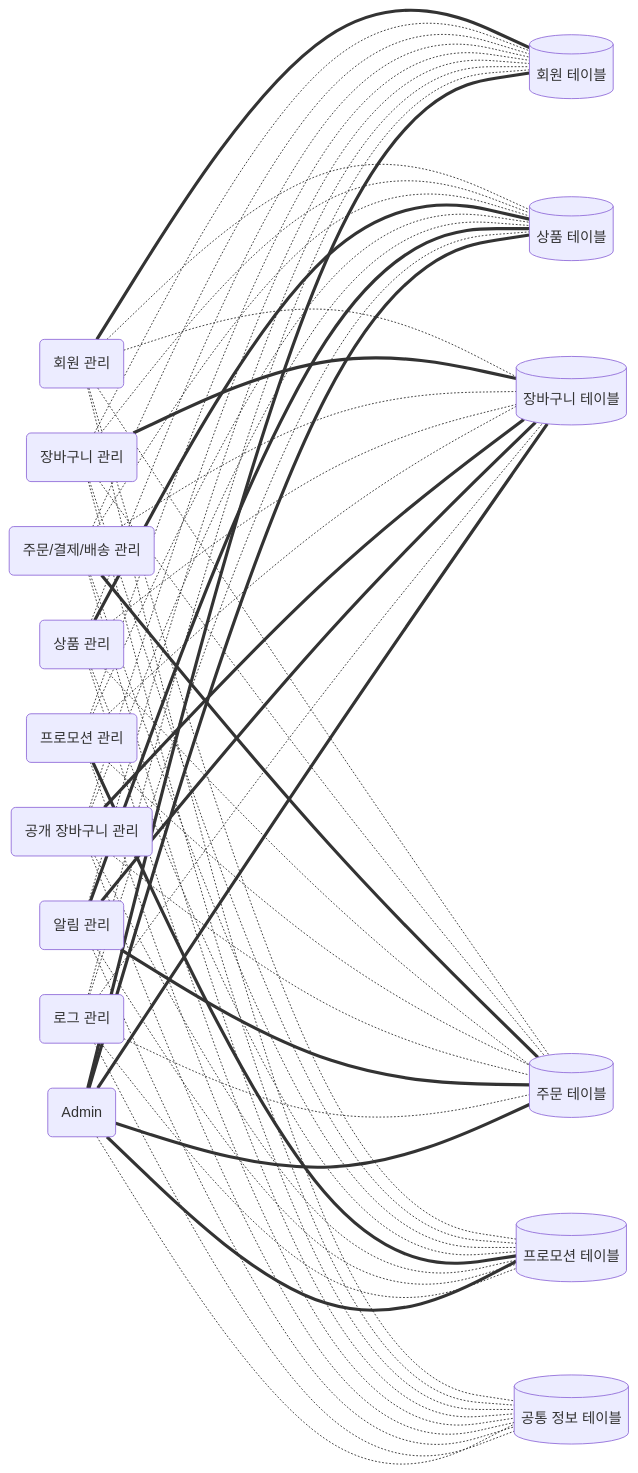
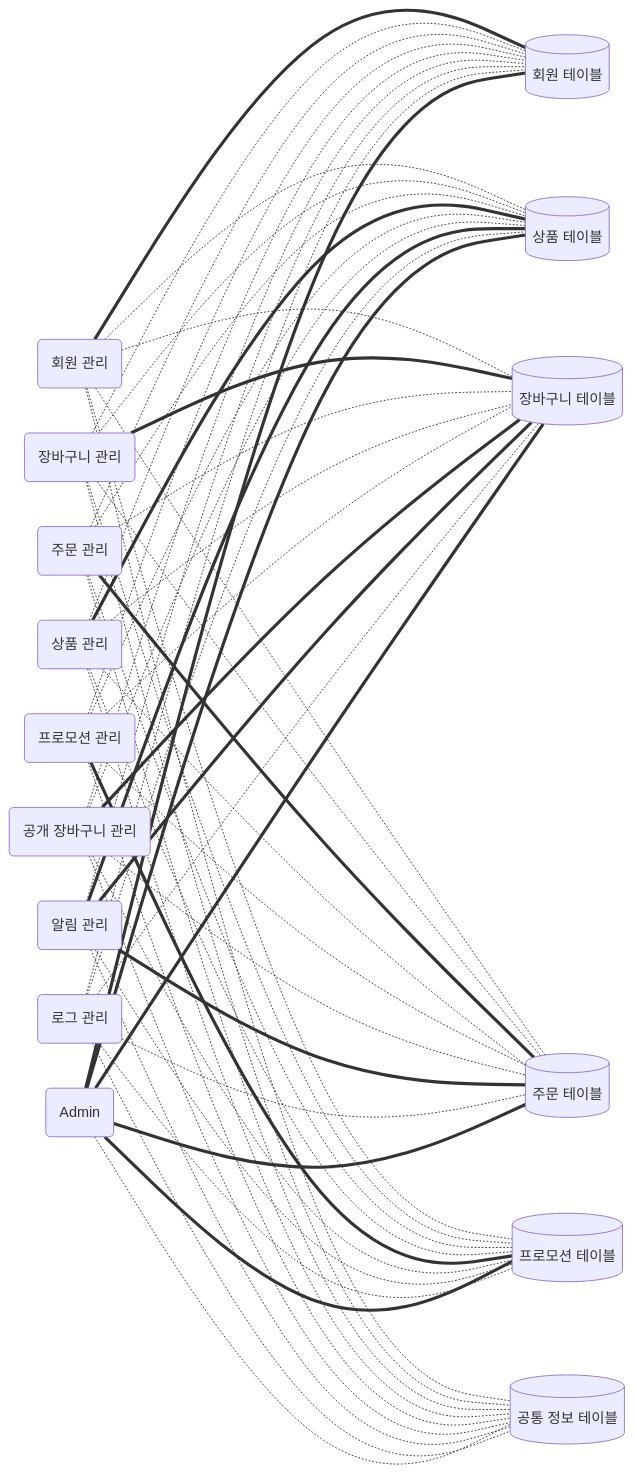
The diagram in docs/2. 설계/2.1 전체 설계/2.1.1 시스템 아키텍처 설계/데이터 아키텍처.md (sarifor/cart-connect-market), drawn with Mermaid before and after one commit. The commit also changed other lines of this file, not shown here.

Commit message:
Refactor: data architecture
- Rename 'Order/Payment/Delivery management' to 'Order management'
- Modify description of Admin's update range more clearly

```diff
--- a/docs/2. 설계/2.1 전체 설계/2.1.1 시스템 아키텍처 설계/데이터 아키텍처.md
+++ b/docs/2. 설계/2.1 전체 설계/2.1.1 시스템 아키텍처 설계/데이터 아키텍처.md
@@ -21,7 +21,7 @@
 graph LR
   Member("회원 관리")
   Cart("장바구니 관리")
-  OrderBuyDelivery("주문/결제/배송 관리")
+  Order("주문 관리")
   Product("상품 관리")
   Promotion("프로모션 관리")
   ShareCart("공개 장바구니 관리")
@@ -50,12 +50,12 @@
   Cart -.- PromotionTB
   Cart -.- CommonTB
 
-  OrderBuyDelivery -.- MemberTB
-  OrderBuyDelivery -.- ProductTB
-  OrderBuyDelivery -.- CartTB
-  OrderBuyDelivery === OrderTB
-  OrderBuyDelivery -.- PromotionTB
-  OrderBuyDelivery -.- CommonTB
+  Order -.- MemberTB
+  Order -.- ProductTB
+  Order -.- CartTB
+  Order === OrderTB
+  Order -.- PromotionTB
+  Order -.- CommonTB
 
   Product -.- MemberTB
   Product === ProductTB
```
